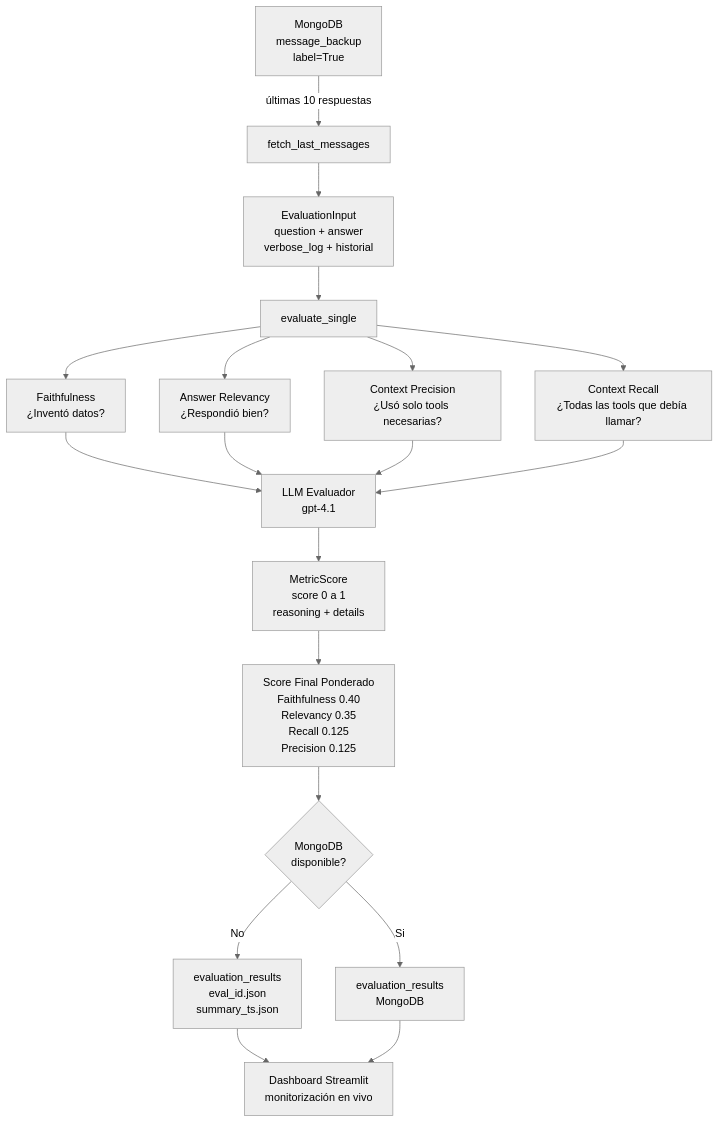
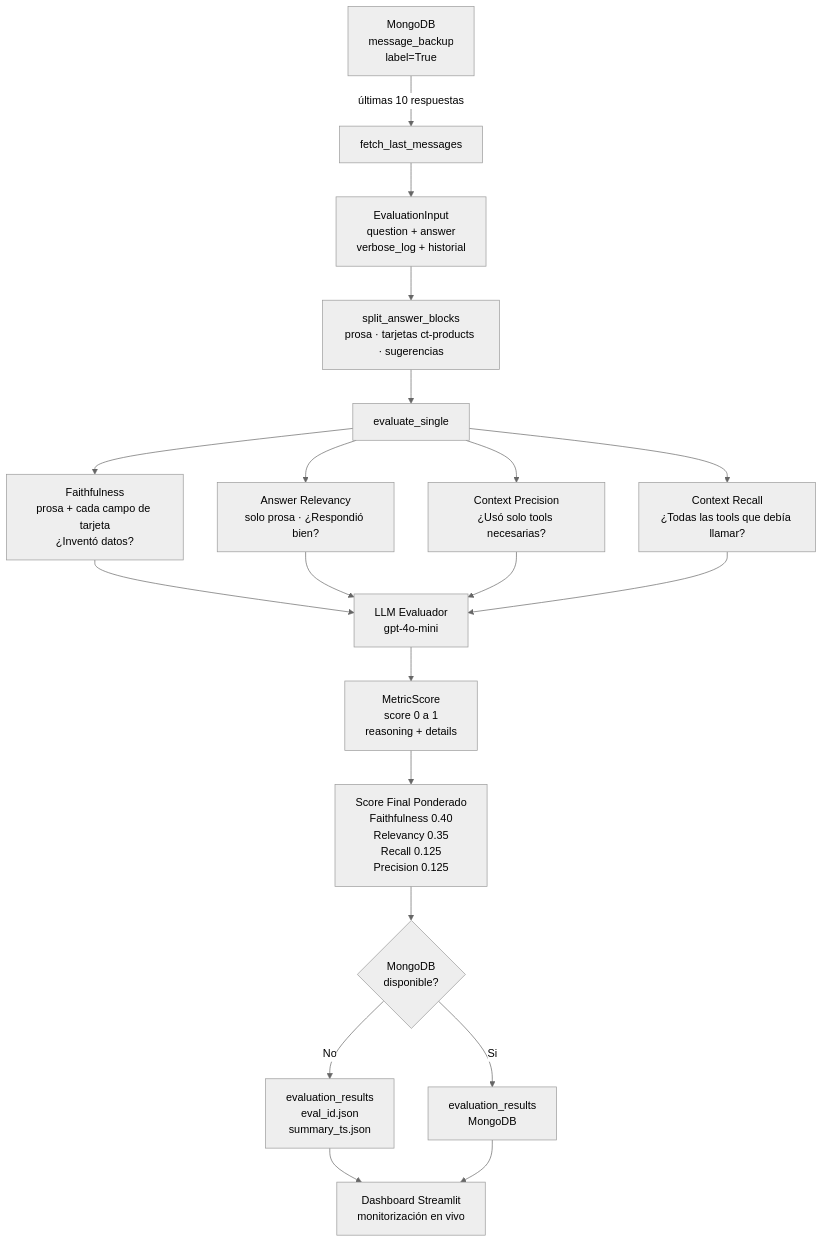
One commit to anmerino-pnd/projects-hub changed the second of 4 diagrams in 2_ct_chatbot/6_documentacion.qmd. Above: the diagram before and after it, drawn with Mermaid (neutral theme). The commit also changed other lines of this file and 3 other files, not shown here.

````diff
--- a/2_ct_chatbot/6_documentacion.qmd
+++ b/2_ct_chatbot/6_documentacion.qmd
@@ -1752,33 +1752,35 @@
 ```{mermaid}
 flowchart TD
 
     A["MongoDB<br>message_backup<br>label=True"]-->|"últimas 10 respuestas"|B["fetch_last_messages"]
 
     B --> C["EvaluationInput<br>question + answer<br>verbose_log + historial"]
 
-    C --> D["evaluate_single"]
+    C --> S["split_answer_blocks<br>prosa · tarjetas ct-products · sugerencias"]
 
-    D --> E1["Faithfulness<br>¿Inventó datos?"]
-    D --> E2["Answer Relevancy<br>¿Respondió bien?"]
+    S --> D["evaluate_single"]
+
+    D --> E1["Faithfulness<br>prosa + cada campo de tarjeta<br>¿Inventó datos?"]
+    D --> E2["Answer Relevancy<br>solo prosa · ¿Respondió bien?"]
     D --> E3["Context Precision<br>¿Usó solo tools necesarias?"]
     D --> E4["Context Recall<br>¿Todas las tools que debía llamar?"]
 
-    E1 --> F["LLM Evaluador<br>gpt-4.1"]
+    E1 --> F["LLM Evaluador<br>gpt-4o-mini"]
     E2 --> F
     E3 --> F
     E4 --> F
 
     F --> G["MetricScore<br>score 0 a 1<br>reasoning + details"]
 
     G --> H["Score Final Ponderado<br>Faithfulness 0.40<br>Relevancy 0.35<br>Recall 0.125<br>Precision 0.125"]
 
     H --> I{"MongoDB<br>disponible?"}
 
     I -->|Si| J["evaluation_results<br>MongoDB"]
 
     I -->|No| K["evaluation_results<br>eval_id.json<br>summary_ts.json"]
 
     K --> L["Dashboard Streamlit<br>monitorización en vivo"]
 
     J --> L
 ```
````
